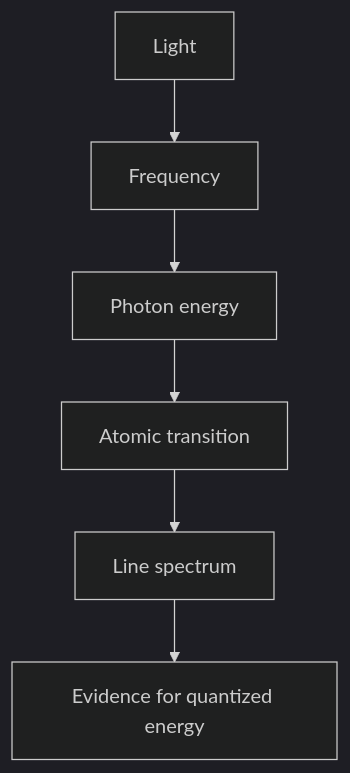
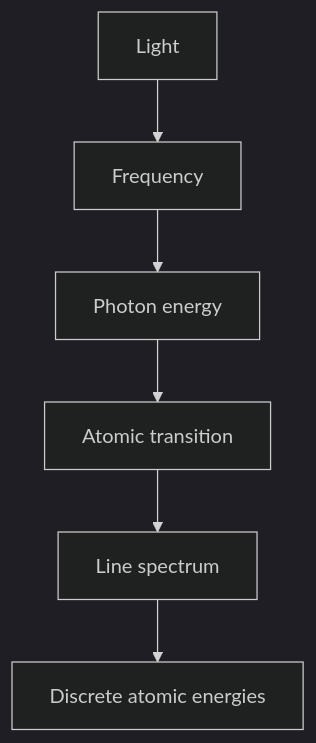
The diagram in docs/chemistry/general/quantum-theory-of-atoms.md (justinbrianhwang/SJ-wiki), drawn with Mermaid (dark theme) before and after one commit. The commit also changed other lines of this file and 955 other files, not shown here.

````diff
--- a/docs/chemistry/general/quantum-theory-of-atoms.md
+++ b/docs/chemistry/general/quantum-theory-of-atoms.md
@@ -63,8 +34,8 @@
 ```mermaid
 graph TD
   A[Light] --> B[Frequency]
   B --> C[Photon energy]
   C --> D[Atomic transition]
   D --> E[Line spectrum]
-  E --> F[Evidence for quantized energy]
+  E --> F[Discrete atomic energies]
 ```
````
